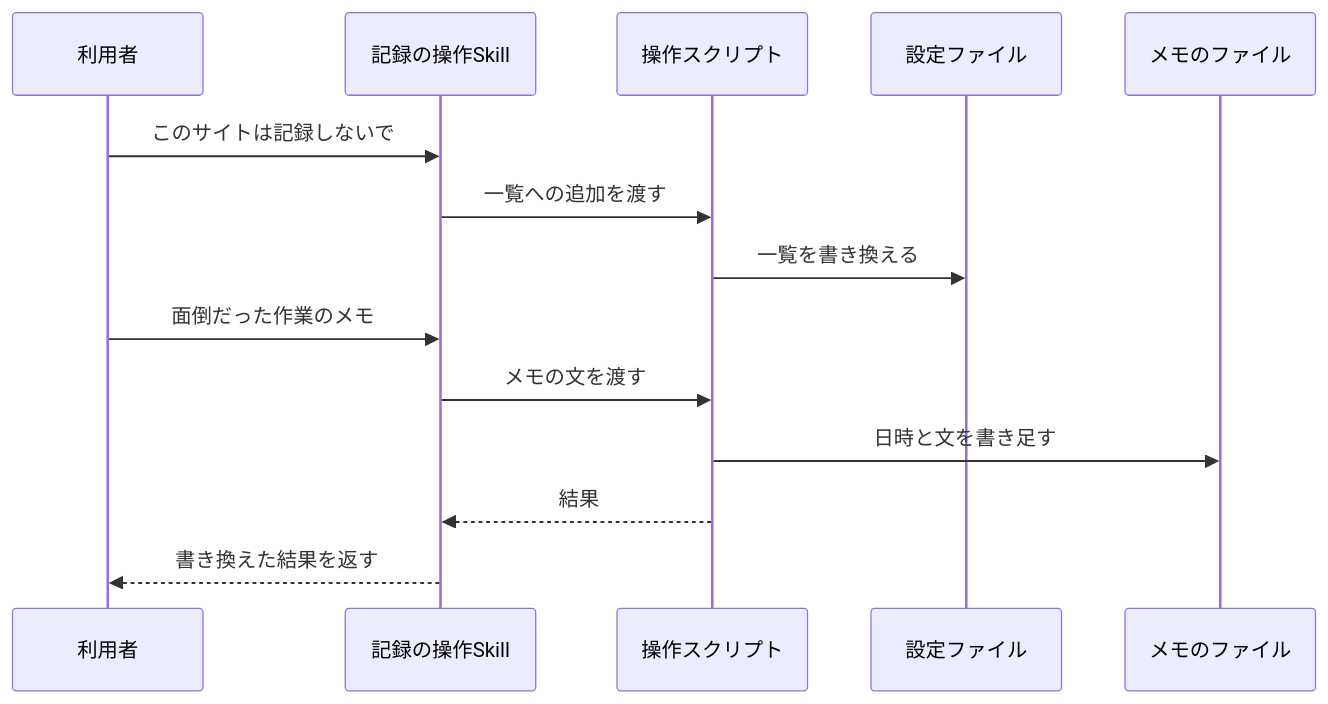
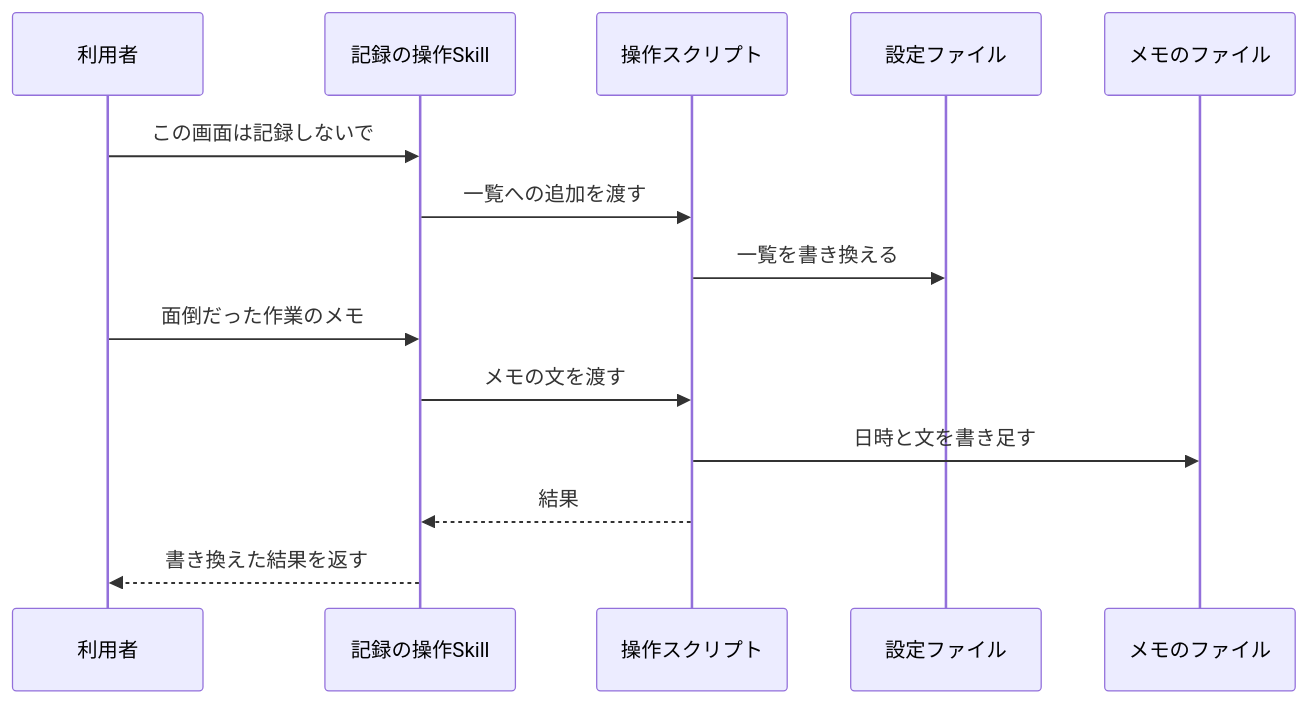
Before and after one commit to dnode-ryosuke-yamazaki/study: the third of 4 diagrams in apps/routine-work-finder/specs/activity-recording/design.md, drawn with Mermaid. The commit also changed other lines of this file and 9 other files, not shown here.

````diff
--- a/apps/routine-work-finder/specs/activity-recording/design.md
+++ b/apps/routine-work-finder/specs/activity-recording/design.md
@@ -159,16 +126,16 @@
 ```mermaid
 sequenceDiagram
     participant U as 利用者
     participant S as 記録の操作Skill
     participant C as 操作スクリプト
     participant F as 設定ファイル
     participant N as メモのファイル
-    U->>S: このサイトは記録しないで
+    U->>S: この画面は記録しないで
     S->>C: 一覧への追加を渡す
     C->>F: 一覧を書き換える
     U->>S: 面倒だった作業のメモ
     S->>C: メモの文を渡す
     C->>N: 日時と文を書き足す
     C-->>S: 結果
     S-->>U: 書き換えた結果を返す
 ```
````
